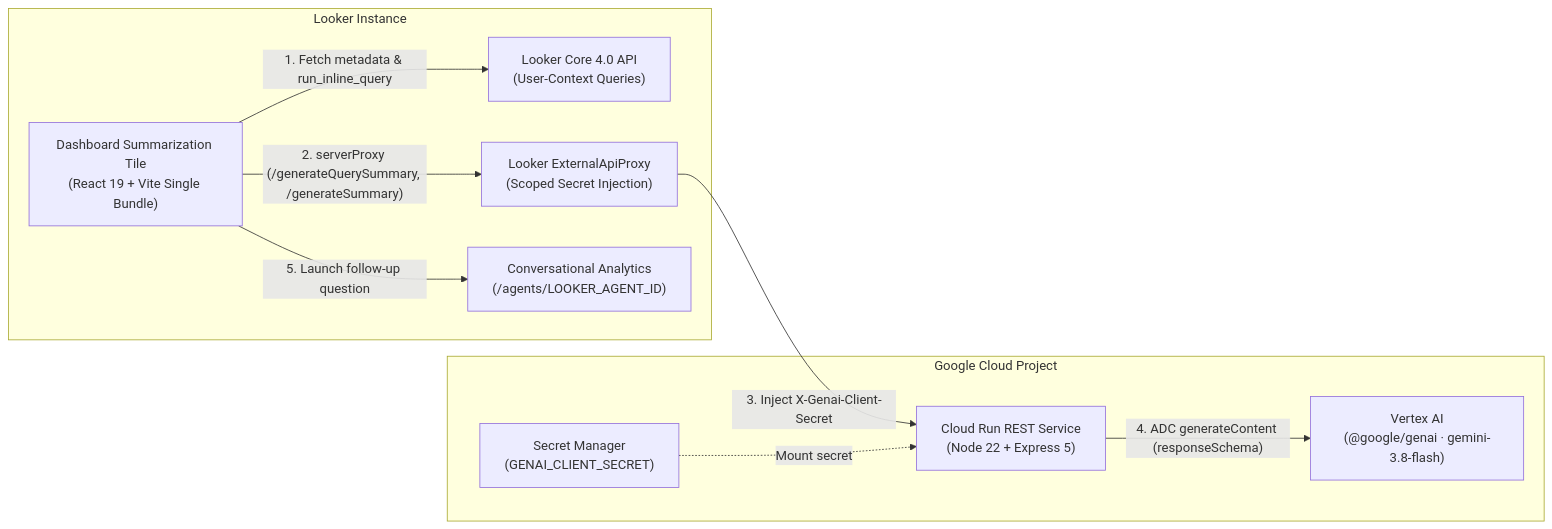
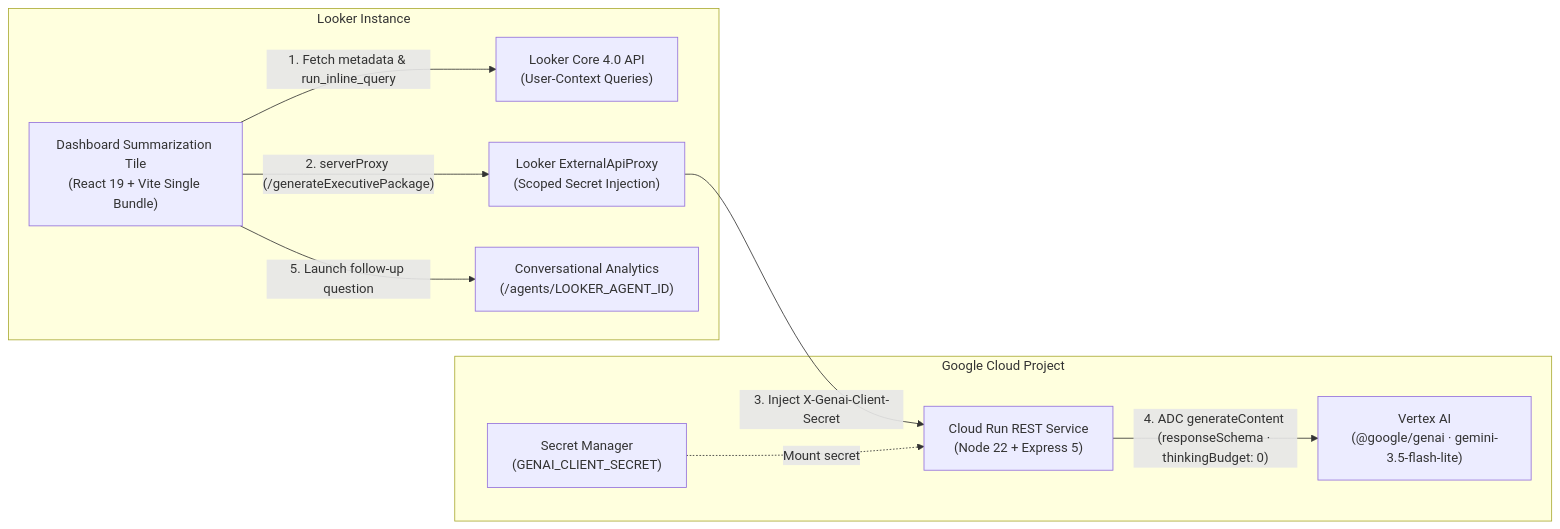
Before and after one commit to brettguenther/dashboard-summarization: the diagram in README.md, drawn with Mermaid. The commit also changed other lines of this file and 2 other files, not shown here.

Commit message:
docs: update README and Terraform config with single-pass pipeline, gemini-3.5-flash-lite, and thinking budget

````diff
--- a/README.md
+++ b/README.md
@@ -15,22 +24,22 @@
 ```mermaid
 flowchart LR
   subgraph Looker["Looker Instance"]
     Tile["Dashboard Summarization Tile<br/>(React 19 + Vite Single Bundle)"]
     CoreAPI["Looker Core 4.0 API<br/>(User-Context Queries)"]
     Proxy["Looker ExternalApiProxy<br/>(Scoped Secret Injection)"]
     CA["Conversational Analytics<br/>(/agents/LOOKER_AGENT_ID)"]
   end
 
   subgraph GCP["Google Cloud Project"]
     Run["Cloud Run REST Service<br/>(Node 22 + Express 5)"]
     Secret["Secret Manager<br/>(GENAI_CLIENT_SECRET)"]
-    Vertex["Vertex AI<br/>(@google/genai · gemini-3.8-flash)"]
+    Vertex["Vertex AI<br/>(@google/genai · gemini-3.5-flash-lite)"]
   end
 
   Tile -->|"1. Fetch metadata & run_inline_query"| CoreAPI
-  Tile -->|"2. serverProxy (/generateQuerySummary, /generateSummary)"| Proxy
+  Tile -->|"2. serverProxy (/generateExecutivePackage)"| Proxy
   Proxy -->|"3. Inject X-Genai-Client-Secret"| Run
   Secret -.->|"Mount secret"| Run
-  Run -->|"4. ADC generateContent (responseSchema)"| Vertex
+  Run -->|"4. ADC generateContent (responseSchema · thinkingBudget: 0)"| Vertex
   Tile -->|"5. Launch follow-up question"| CA
 ```
````
